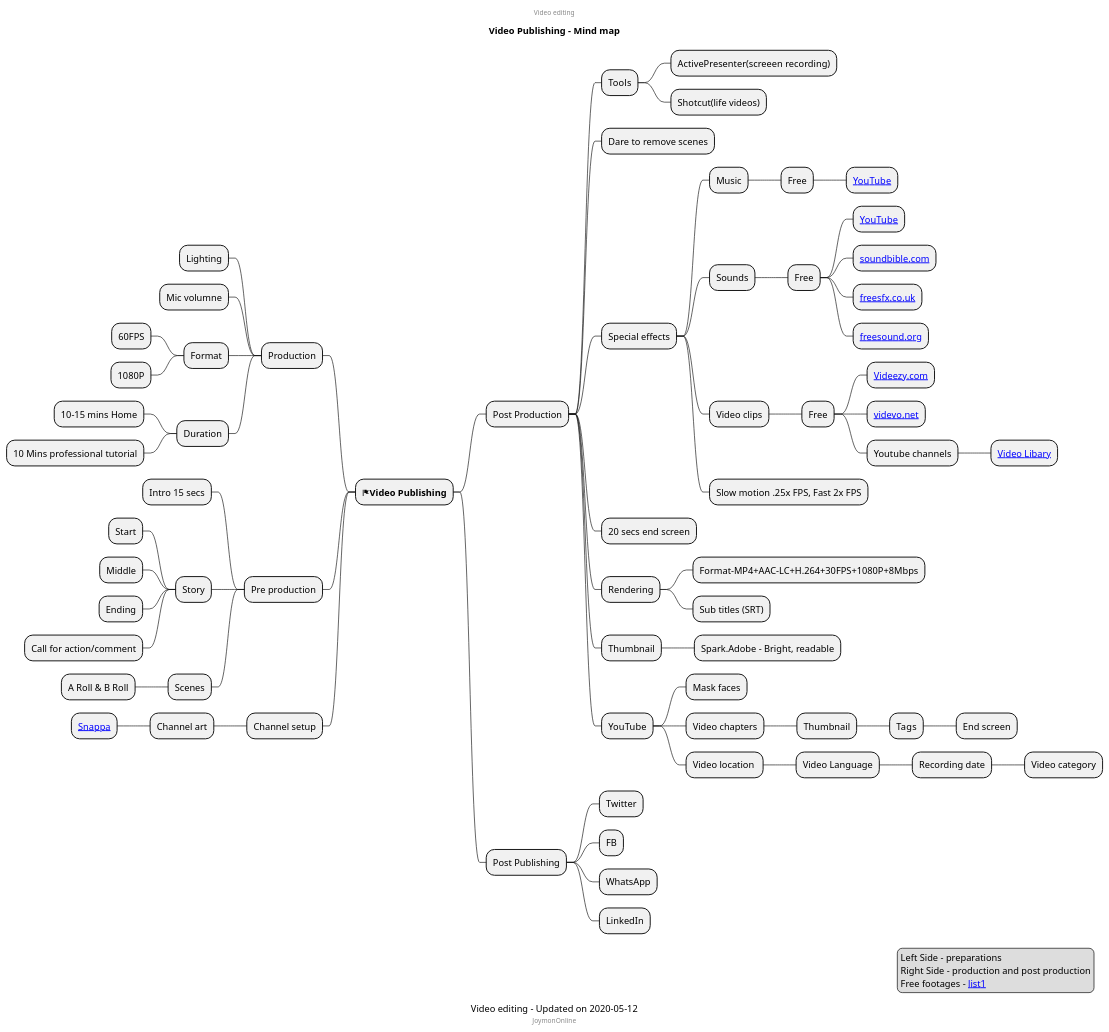
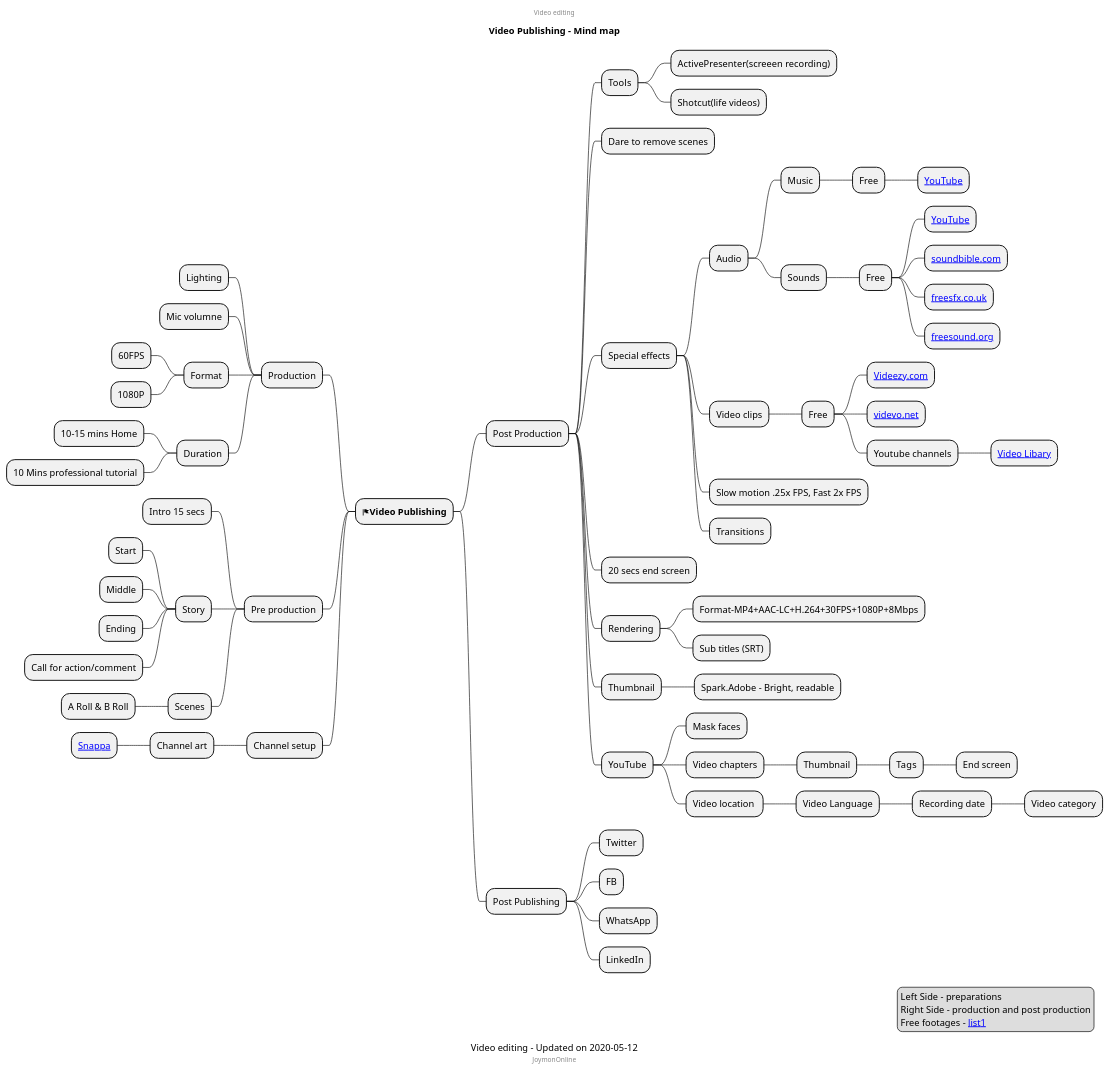
Before and after one commit to mind-maps/technology: the diagram in media/video/publishing.puml, drawn with PlantUML.

```diff
--- a/media/video/publishing.puml
+++ b/media/video/publishing.puml
@@ -1,85 +1,86 @@
 @startmindmap
 caption Video editing - Updated on 2020-05-12
 title Video Publishing - Mind map
 center header
 Video editing
 endheader
 
 * <&flag><b>Video Publishing</b>
 
 ** Post Production
 *** Tools
 **** ActivePresenter(screeen recording)
 **** Shotcut(life videos)
 *** Dare to remove scenes
 *** Special effects
-**** Music
-***** Free
-****** [[https://www.youtube.com/audiolibrary/music?nv=1 YouTube]]
-**** Sounds
-***** Free
-****** [[https://www.youtube.com/audiolibrary/soundeffects?nv=1 YouTube]]
-****** [[https://soundbible.com/ soundbible.com]]
-****** [[https://freesfx.co.uk/ freesfx.co.uk]]
-****** [[https://freesound.org/ freesound.org]]
+**** Audio
+***** Music
+****** Free
+******* [[https://www.youtube.com/audiolibrary/music?nv=1 YouTube]]
+***** Sounds
+****** Free
+******* [[https://www.youtube.com/audiolibrary/soundeffects?nv=1 YouTube]]
+******* [[https://soundbible.com/ soundbible.com]]
+******* [[https://freesfx.co.uk/ freesfx.co.uk]]
+******* [[https://freesound.org/ freesound.org]]
 **** Video clips
 ***** Free
 ****** [[https://www.videezy.com/ Videezy.com]]
 ****** [[https://www.videvo.net/ videvo.net]]
 ****** Youtube channels
 ******* [[https://www.youtube.com/channel/UC8ScFr0TdBPz9bLElei6-VA/videos Video Libary]]
 **** Slow motion .25x FPS, Fast 2x FPS
-
+**** Transitions
 *** 20 secs end screen
 *** Rendering
 **** Format-MP4+AAC-LC+H.264+30FPS+1080P+8Mbps
 **** Sub titles (SRT)
 *** Thumbnail
 **** Spark.Adobe - Bright, readable
 *** YouTube
 **** Mask faces
 **** Video chapters
 ***** Thumbnail
 ****** Tags
 ******* End screen
 **** Video location 
 ***** Video Language
 ****** Recording date
 ******* Video category
 
 ** Post Publishing
 *** Twitter
 *** FB
 *** WhatsApp
 *** LinkedIn
 
 left side
 ** Production
 *** Lighting
 *** Mic volumne
 *** Format
 **** 60FPS
 **** 1080P
 *** Duration
 **** 10-15 mins Home
 **** 10 Mins professional tutorial
 ** Pre production
 *** Intro 15 secs
 *** Story
 **** Start
 **** Middle
 **** Ending
 ****  Call for action/comment
 *** Scenes
 **** A Roll & B Roll
 ** Channel setup
 *** Channel art
 **** [[https://snappa.com/ Snappa]]
 center footer JoymonOnline
 
 legend right
   Left Side - preparations
   Right Side - production and post production
   Free footages - [[https://www.oberlo.com/blog/free-stock-video-websites list1]]
 endlegend
 @endmindmap
```
